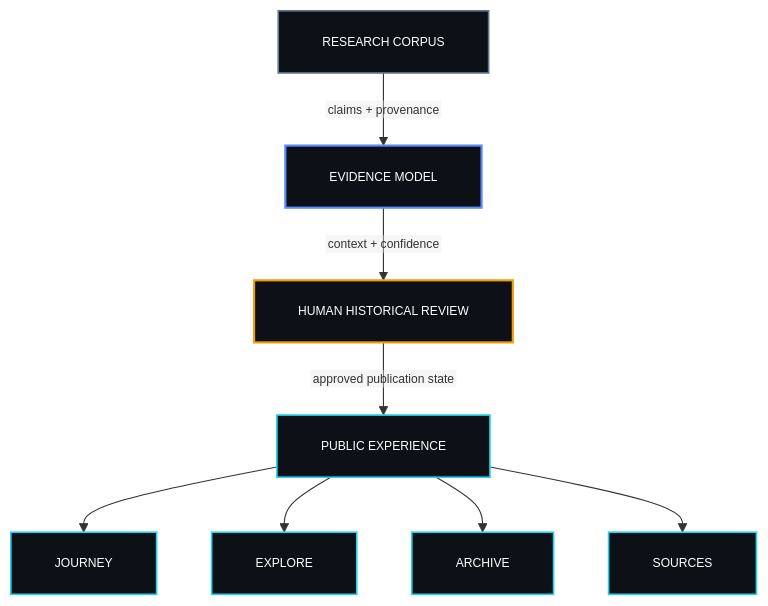
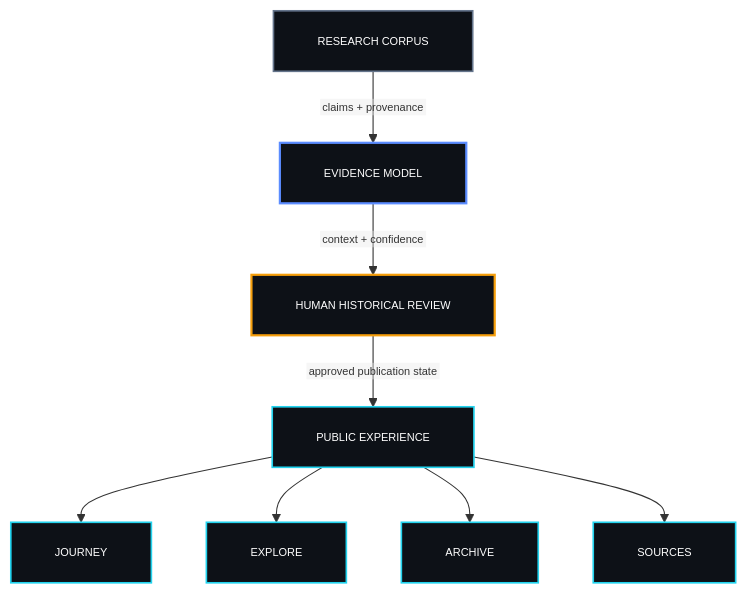
Before and after one commit to drferdi/Kediri-Kings-Century: the first of 4 diagrams in README.md, drawn with Mermaid. The commit also changed other lines of this file, not shown here.

````diff
--- a/README.md
+++ b/README.md
@@ -281,32 +281,32 @@
 ```mermaid
-%%{init: {"flowchart": {"htmlLabels": false, "padding": 20}, "themeVariables": {"fontFamily": "monospace", "fontSize": "11px"}}}%%
+%%{init: {"flowchart": {"htmlLabels": false, "padding": 20}, "themeVariables": {"fontFamily": "monospace", "fontSize": "10px"}}}%%
 flowchart TB
   RESEARCH["RESEARCH CORPUS"]
   EVIDENCE["EVIDENCE MODEL"]
   REVIEW["HUMAN HISTORICAL REVIEW"]
   PUBLIC["PUBLIC EXPERIENCE"]
   JOURNEY["JOURNEY"]
   EXPLORE["EXPLORE"]
   ARCHIVE["ARCHIVE"]
   SOURCES["SOURCES"]
 
   RESEARCH -->|claims + provenance| EVIDENCE
   EVIDENCE -->|context + confidence| REVIEW
   REVIEW -->|approved publication state| PUBLIC
   PUBLIC --> JOURNEY
   PUBLIC --> EXPLORE
   PUBLIC --> ARCHIVE
   PUBLIC --> SOURCES
 
   classDef authority fill:#0D1117,stroke:#F59E0B,color:#ffffff,stroke-width:2px;
   classDef agent fill:#0D1117,stroke:#8B5CF6,color:#ffffff,stroke-width:2px;
   classDef control fill:#0D1117,stroke:#14B8A6,color:#ffffff,stroke-width:2px;
   classDef core fill:#0D1117,stroke:#5B8CFF,color:#ffffff,stroke-width:2px;
   classDef shared fill:#0D1117,stroke:#64748B,color:#ffffff,stroke-width:1.5px;
   classDef surface fill:#0D1117,stroke:#22D3EE,color:#ffffff,stroke-width:1.5px;
 
   class REVIEW authority;
   class EVIDENCE core;
   class RESEARCH shared;
   class PUBLIC,JOURNEY,EXPLORE,ARCHIVE,SOURCES surface;
 ```
````
